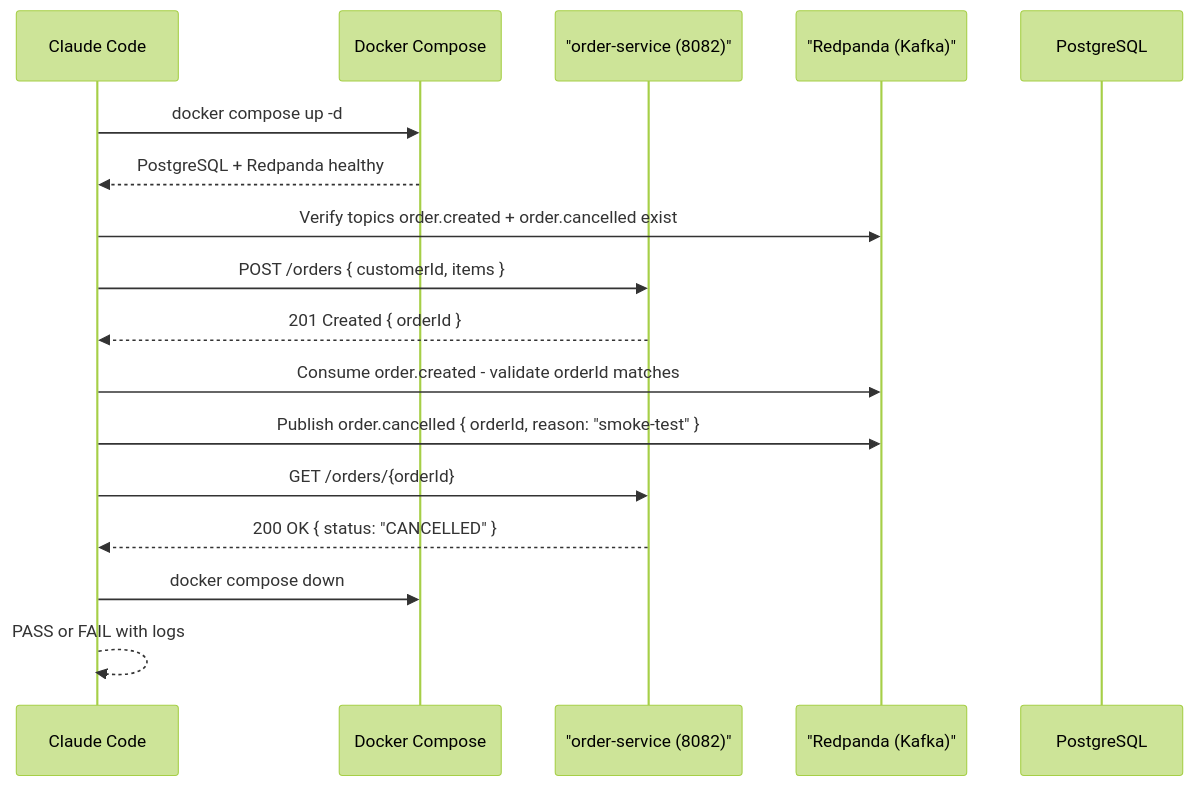
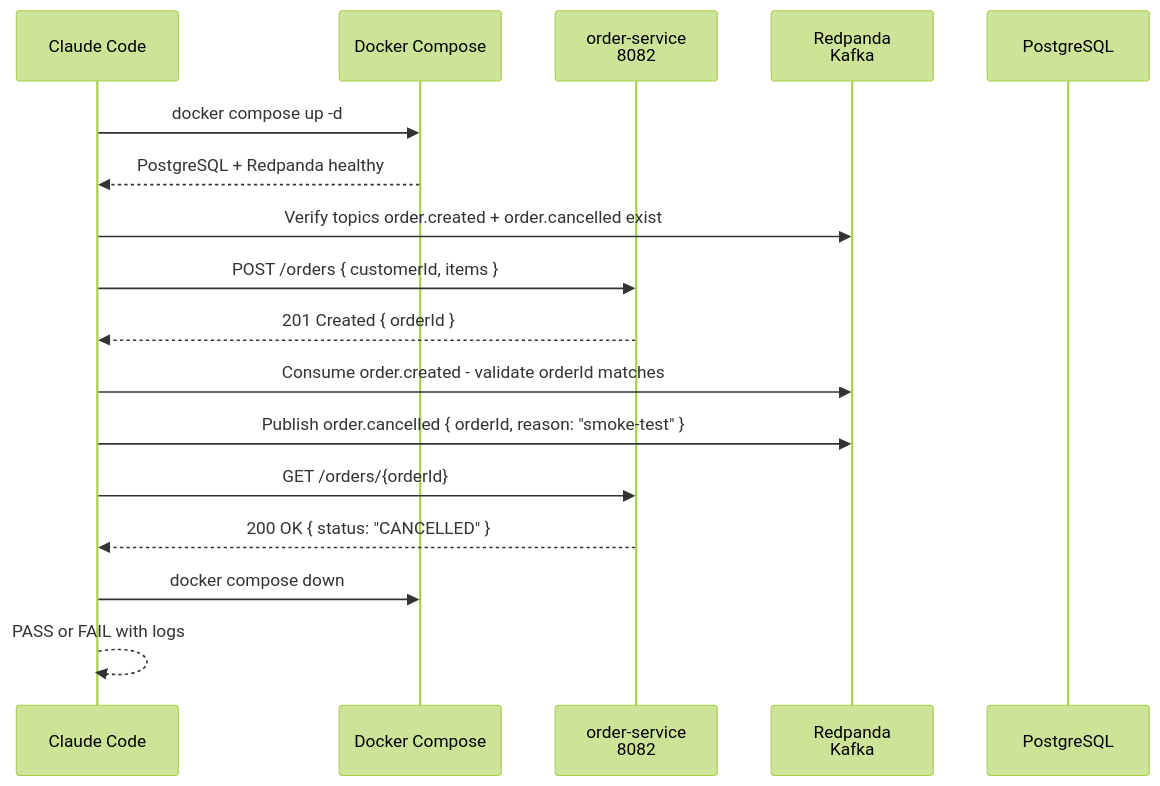
Before and after one commit to andrelucasti/mars-enterprise-kit-lite: the sixth of 7 diagrams in README.md, drawn with Mermaid (forest theme). The commit also changed other lines of this file, not shown here.

First line of the commit message:
docs(readme): fix Mermaid sequence diagrams not rendering on GitHub

````diff
--- a/README.md
+++ b/README.md
@@ -520,20 +520,20 @@
 ```mermaid
 sequenceDiagram
     participant CC as Claude Code
     participant DC as Docker Compose
-    participant API as "order-service (8082)"
-    participant K as "Redpanda (Kafka)"
+    participant API as order-service<br/>8082
+    participant K as Redpanda<br/>Kafka
     participant DB as PostgreSQL
 
     CC->>DC: docker compose up -d
     DC-->>CC: PostgreSQL + Redpanda healthy
     CC->>K: Verify topics order.created + order.cancelled exist
     CC->>API: POST /orders { customerId, items }
     API-->>CC: 201 Created { orderId }
     CC->>K: Consume order.created - validate orderId matches
     CC->>K: Publish order.cancelled { orderId, reason: "smoke-test" }
     CC->>API: GET /orders/{orderId}
     API-->>CC: 200 OK { status: "CANCELLED" }
     CC->>DC: docker compose down
     CC-->>CC: PASS or FAIL with logs
 ```
````
